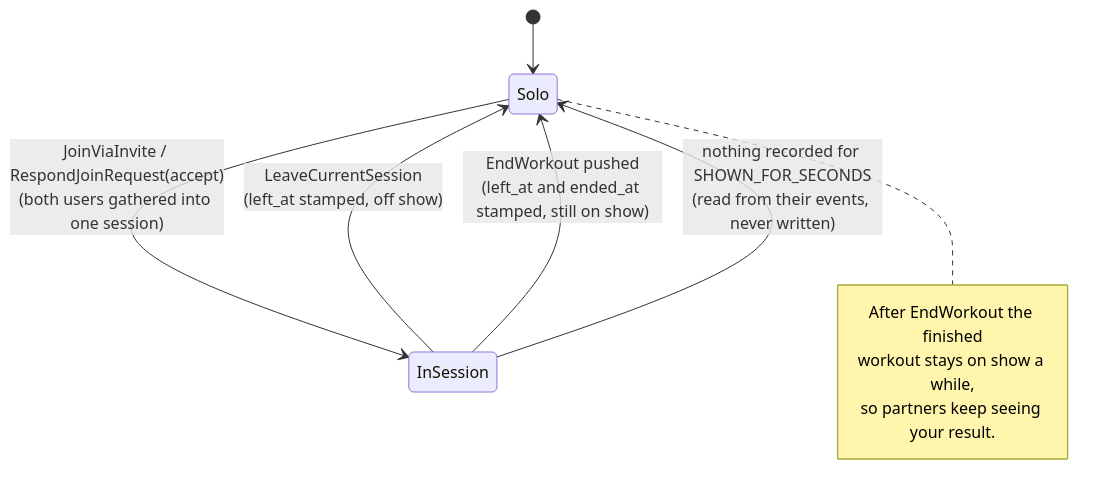
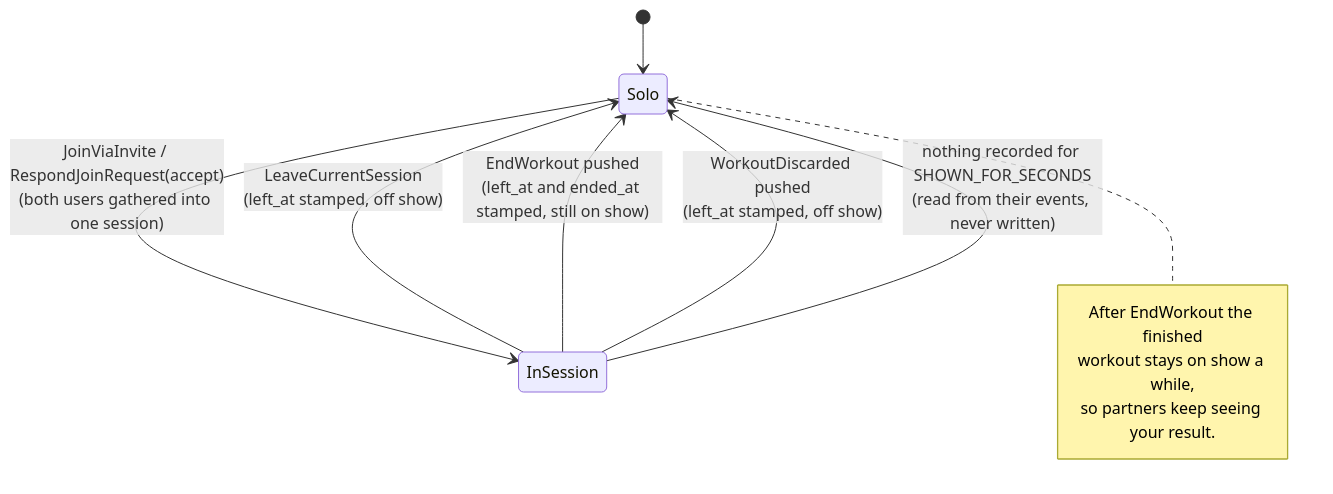
Before and after one commit to brensch/lift: the second of 4 diagrams in docs/architecture/multiplayer.md, drawn with Mermaid. The commit also changed 29 other files, not shown here.

````diff
--- a/docs/architecture/multiplayer.md
+++ b/docs/architecture/multiplayer.md
@@ -46,13 +46,14 @@
 ```mermaid
 stateDiagram-v2
     [*] --> Solo
     Solo --> InSession: JoinViaInvite / RespondJoinRequest(accept)<br/>(both users gathered into one session)
     InSession --> Solo: LeaveCurrentSession<br/>(left_at stamped, off show)
     InSession --> Solo: EndWorkout pushed<br/>(left_at and ended_at stamped, still on show)
+    InSession --> Solo: WorkoutDiscarded pushed<br/>(left_at stamped, off show)
     InSession --> Solo: nothing recorded for SHOWN_FOR_SECONDS<br/>(read from their events, never written)
     note right of Solo
         After EndWorkout the finished
         workout stays on show a while,
         so partners keep seeing your result.
     end note
 ```
````
